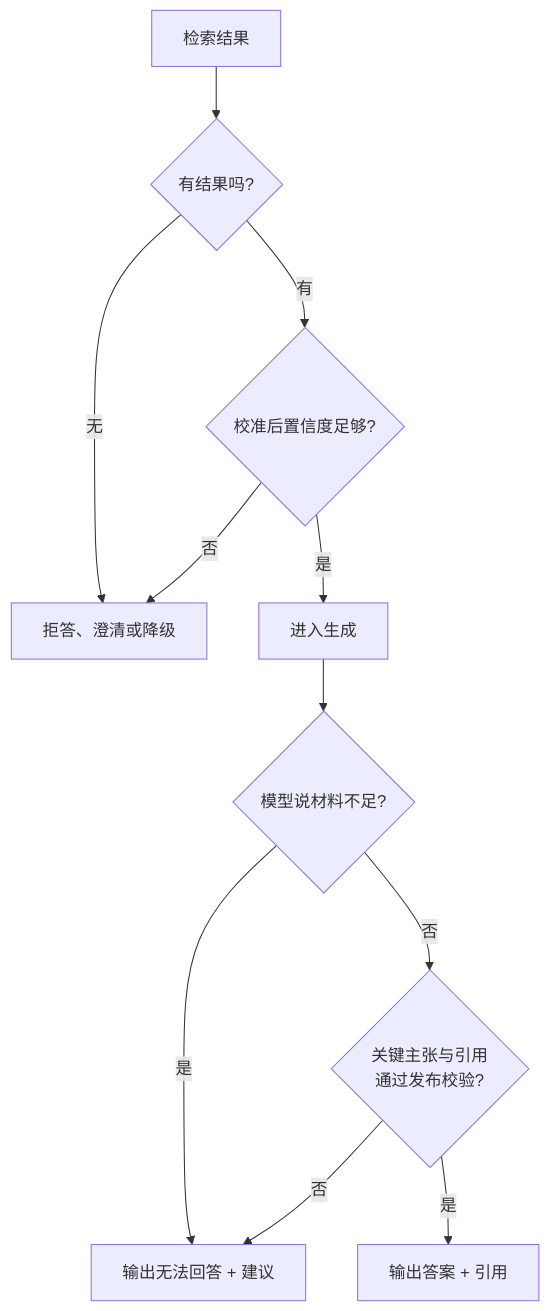
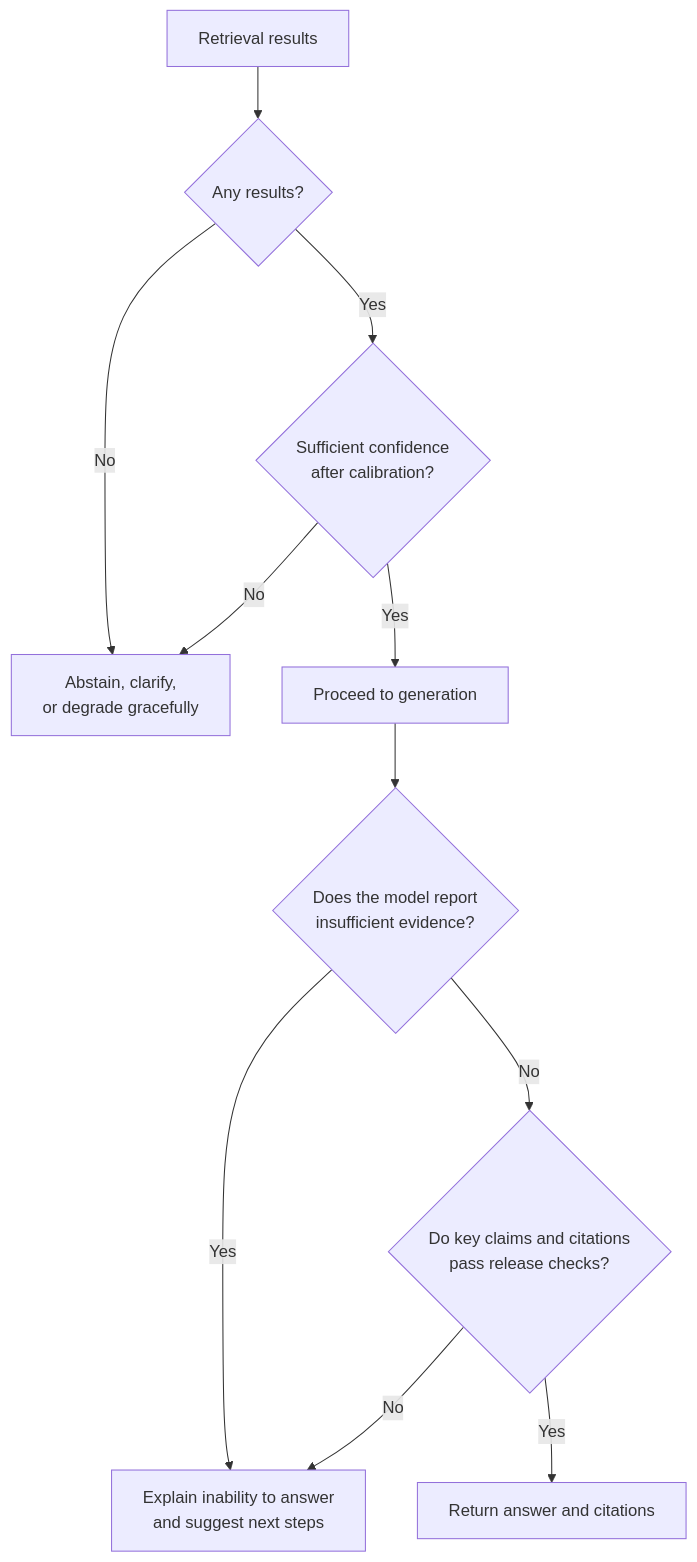
Before and after one commit to oneleaveknowsthefall/awesome-ai-roadmap: the second of 2 diagrams in docs/rag/05-generation-evaluation/17-generation-hallucination.md, drawn with Mermaid. The commit also changed other lines of this file and 60 other files, not shown here.

````diff
--- a/docs/rag/05-generation-evaluation/17-generation-hallucination.md
+++ b/docs/rag/05-generation-evaluation/17-generation-hallucination.md
@@ -54,13 +54,13 @@
 ```mermaid
 flowchart TB
-    R[检索结果] --> C1{有结果吗?}
-    C1 -->|无| REJ[拒答]
-    C1 -->|有| C2{校准后置信度足够?}
-    C2 -->|否| REJ[拒答、澄清或降级]
-    C2 -->|是| GEN[进入生成]
-    GEN --> C3{模型说材料不足?}
-    C3 -->|是| REJ2[输出无法回答 + 建议]
-    C3 -->|否| C4{关键主张与引用<br/>通过发布校验?}
-    C4 -->|是| OUT[输出答案 + 引用]
-    C4 -->|否| REJ2
+    R[Retrieval results] --> C1{Any results?}
+    C1 -->|No| REJ[Abstain]
+    C1 -->|Yes| C2{Sufficient confidence<br/>after calibration?}
+    C2 -->|No| REJ[Abstain, clarify,<br/>or degrade gracefully]
+    C2 -->|Yes| GEN[Proceed to generation]
+    GEN --> C3{Does the model report<br/>insufficient evidence?}
+    C3 -->|Yes| REJ2[Explain inability to answer<br/>and suggest next steps]
+    C3 -->|No| C4{Do key claims and citations<br/>pass release checks?}
+    C4 -->|Yes| OUT[Return answer and citations]
+    C4 -->|No| REJ2
 ```
````
